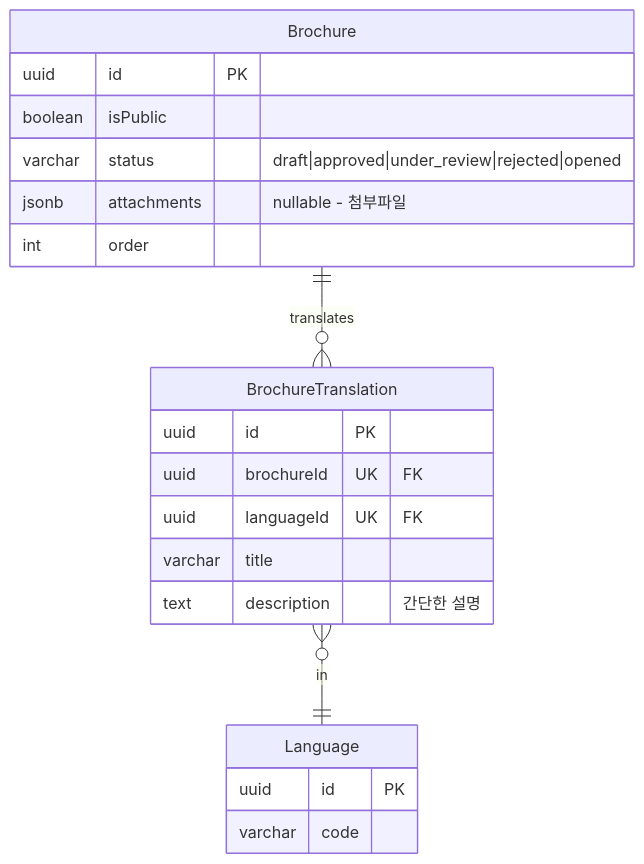
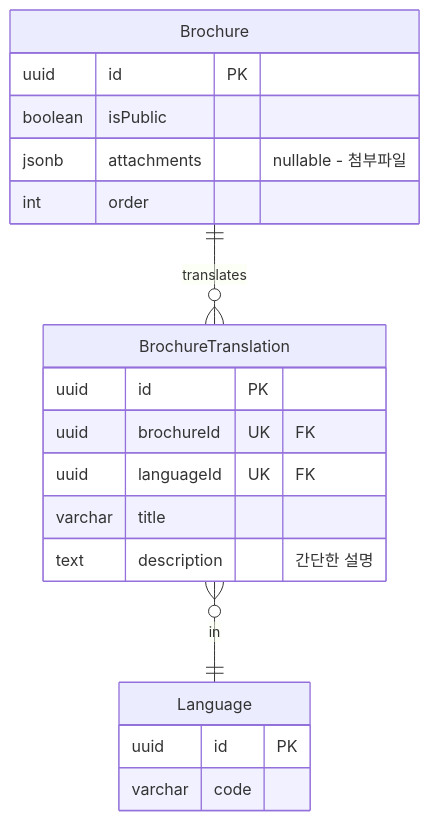
The seventh of 15 diagrams in docs/erd/er-diagram-entities.md (wukdddang/lumir-cms-backend), drawn with Mermaid before and after one commit. The commit also changed 15 other files, not shown here.

````diff
--- a/docs/erd/er-diagram-entities.md
+++ b/docs/erd/er-diagram-entities.md
@@ -299,26 +299,25 @@
 ```mermaid
 erDiagram
     Brochure {
         uuid id PK
         boolean isPublic
-        varchar status "draft|approved|under_review|rejected|opened"
         jsonb attachments "nullable - 첨부파일"
         int order
     }
-    
+
     BrochureTranslation {
         uuid id PK
         uuid brochureId UK "FK"
         uuid languageId UK "FK"
         varchar title
         text description "간단한 설명"
     }
-    
+
     Language {
         uuid id PK
         varchar code
     }
-    
+
     Brochure ||--o{ BrochureTranslation : "translates"
     BrochureTranslation }o--|| Language : "in"
 ```
````
